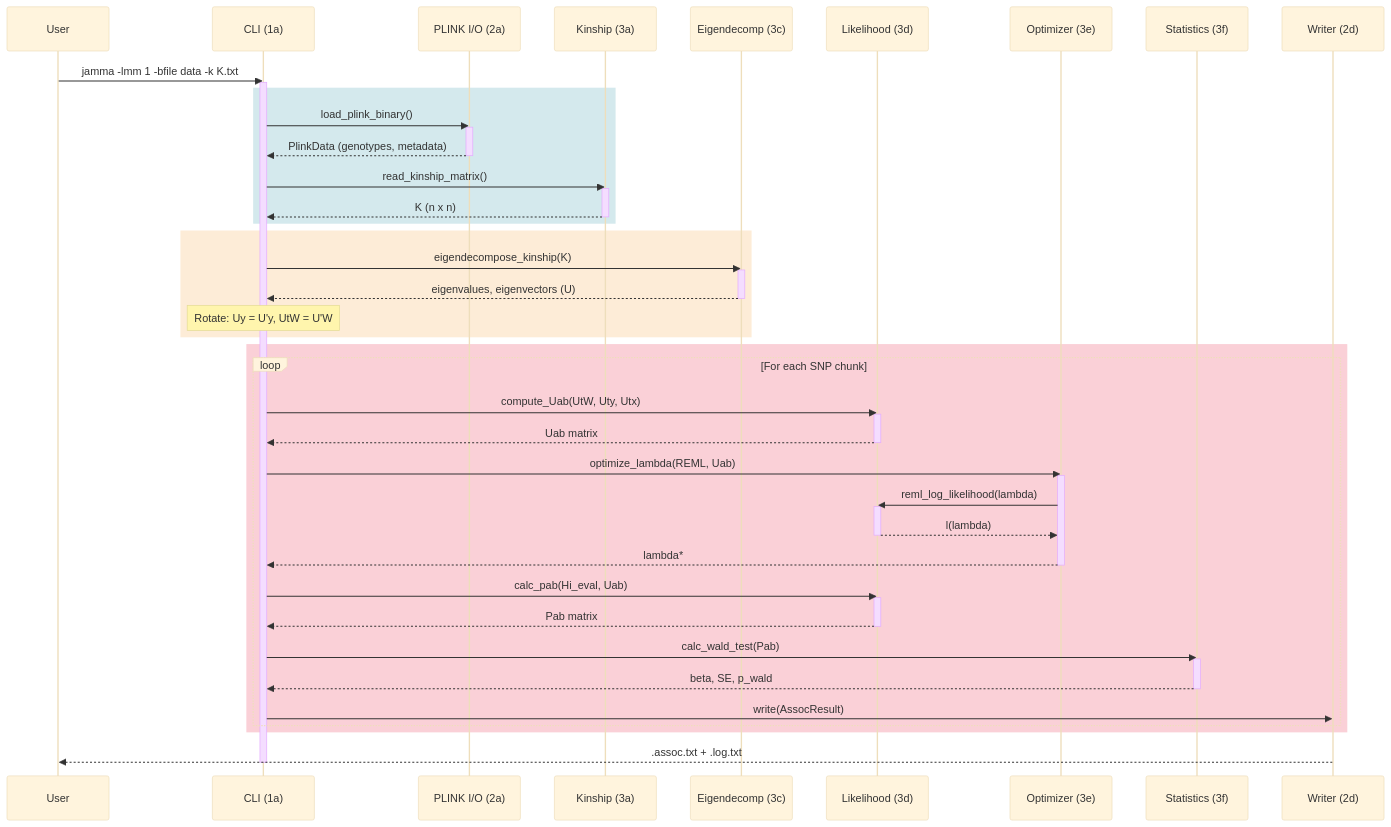
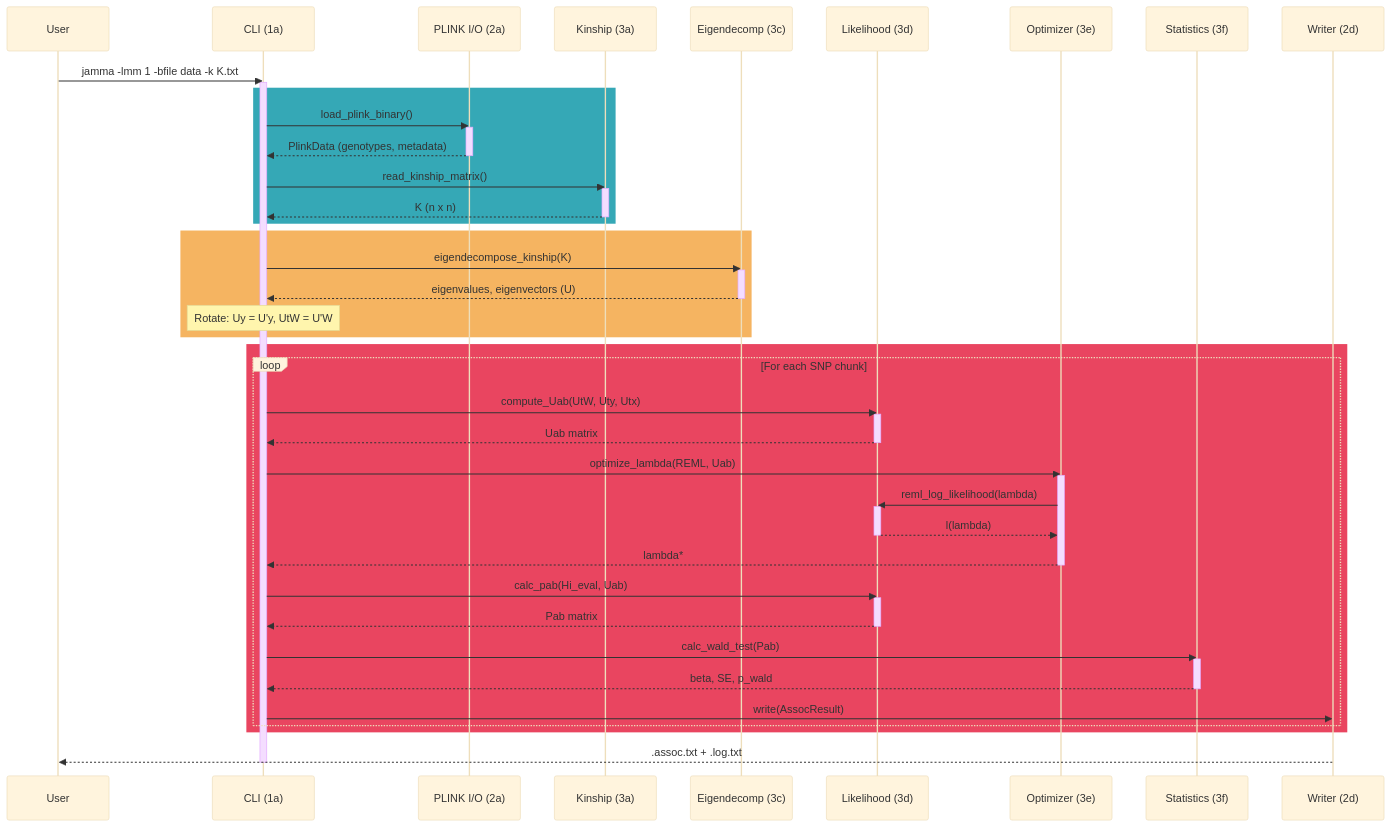
Before and after one commit to michael-denyer/jamma: the second of 5 diagrams in docs/CODEMAP.md, drawn with Mermaid (base theme).

Commit message:
docs: use bright opaque rect colours matching other diagram strokes

````diff
--- a/docs/CODEMAP.md
+++ b/docs/CODEMAP.md
@@ -321,63 +321,63 @@
 ```mermaid
 sequenceDiagram
     participant U as User
     participant CLI as CLI (1a)
     participant IO as PLINK I/O (2a)
     participant K as Kinship (3a)
     participant E as Eigendecomp (3c)
     participant L as Likelihood (3d)
     participant O as Optimizer (3e)
     participant S as Statistics (3f)
     participant W as Writer (2d)
 
     U->>CLI: jamma -lmm 1 -bfile data -k K.txt
     activate CLI
 
-    rect rgba(83, 168, 182, 0.25)
+    rect rgb(53, 168, 182)
         CLI->>IO: load_plink_binary()
         activate IO
         IO-->>CLI: PlinkData (genotypes, metadata)
         deactivate IO
         CLI->>K: read_kinship_matrix()
         activate K
         K-->>CLI: K (n x n)
         deactivate K
     end
 
-    rect rgba(245, 180, 97, 0.25)
+    rect rgb(245, 180, 97)
         CLI->>E: eigendecompose_kinship(K)
         activate E
         E-->>CLI: eigenvalues, eigenvectors (U)
         deactivate E
         Note over CLI: Rotate: Uy = U'y, UtW = U'W
     end
 
-    rect rgba(233, 69, 96, 0.25)
+    rect rgb(233, 69, 96)
         loop For each SNP chunk
             CLI->>L: compute_Uab(UtW, Uty, Utx)
             activate L
             L-->>CLI: Uab matrix
             deactivate L
             CLI->>O: optimize_lambda(REML, Uab)
             activate O
             O->>L: reml_log_likelihood(lambda)
             activate L
             L-->>O: l(lambda)
             deactivate L
             O-->>CLI: lambda*
             deactivate O
             CLI->>L: calc_pab(Hi_eval, Uab)
             activate L
             L-->>CLI: Pab matrix
             deactivate L
             CLI->>S: calc_wald_test(Pab)
             activate S
             S-->>CLI: beta, SE, p_wald
             deactivate S
             CLI->>W: write(AssocResult)
         end
     end
 
     W-->>U: .assoc.txt + .log.txt
     deactivate CLI
 ```
````
